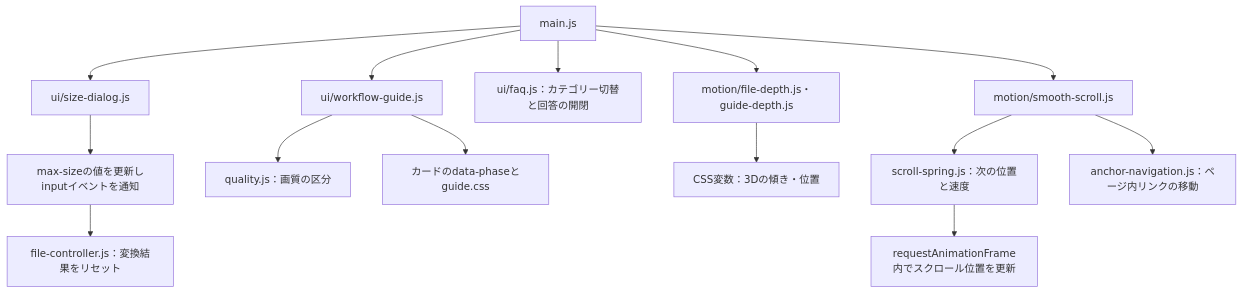
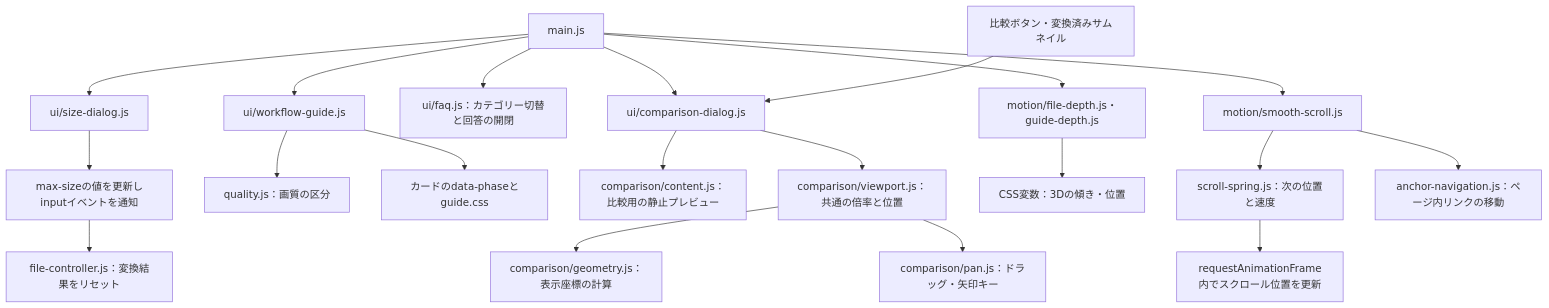
One commit to Syo-M/WebPImageConverter changed the second of 2 diagrams in README.md. Above: the diagram before and after it, drawn with Mermaid. The commit also changed other lines of this file and 12 other files, not shown here.

````diff
--- a/README.md
+++ b/README.md
@@ -169,16 +192,22 @@
 ```mermaid
 flowchart TD
   Main["main.js"] --> Size["ui/size-dialog.js"]
   Size --> Input["max-sizeの値を更新しinputイベントを通知"]
   Input --> Reset["file-controller.js：変換結果をリセット"]
   Main --> Guide["ui/workflow-guide.js"]
   Guide --> Quality["quality.js：画質の区分"]
   Guide --> Phase["カードのdata-phaseとguide.css"]
   Main --> FAQ["ui/faq.js：カテゴリー切替と回答の開閉"]
+  Main --> Compare["ui/comparison-dialog.js"]
+  Thumbnail["比較ボタン・変換済みサムネイル"] --> Compare
+  Compare --> Content["comparison/content.js：比較用の静止プレビュー"]
+  Compare --> Viewport["comparison/viewport.js：共通の倍率と位置"]
+  Viewport --> Geometry["comparison/geometry.js：表示座標の計算"]
+  Viewport --> Pan["comparison/pan.js：ドラッグ・矢印キー"]
   Main --> Depth["motion/file-depth.js・guide-depth.js"]
   Depth --> CSS["CSS変数：3Dの傾き・位置"]
   Main --> Scroll["motion/smooth-scroll.js"]
   Scroll --> Spring["scroll-spring.js：次の位置と速度"]
   Spring --> Frame["requestAnimationFrame内でスクロール位置を更新"]
   Scroll --> Anchor["anchor-navigation.js：ページ内リンクの移動"]
 ```
````
